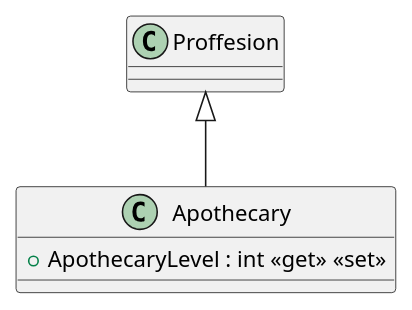
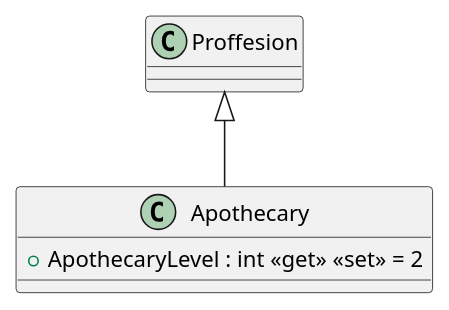
The diagram in UmlSchemas/Models/Professions/Apothecary.puml (kollibroman/ColonySimulator), drawn with PlantUML before and after one commit. The commit also changed 20 other files, not shown here.

Commit message:
Change object schema and add startup class

```diff
--- a/UmlSchemas/Models/Professions/Apothecary.puml
+++ b/UmlSchemas/Models/Professions/Apothecary.puml
@@ -1,6 +1,6 @@
 @startuml
 class Apothecary {
-    + ApothecaryLevel : int <<get>> <<set>>
+    + ApothecaryLevel : int <<get>> <<set>> = 2
 }
 Proffesion <|-- Apothecary
 @enduml
```
